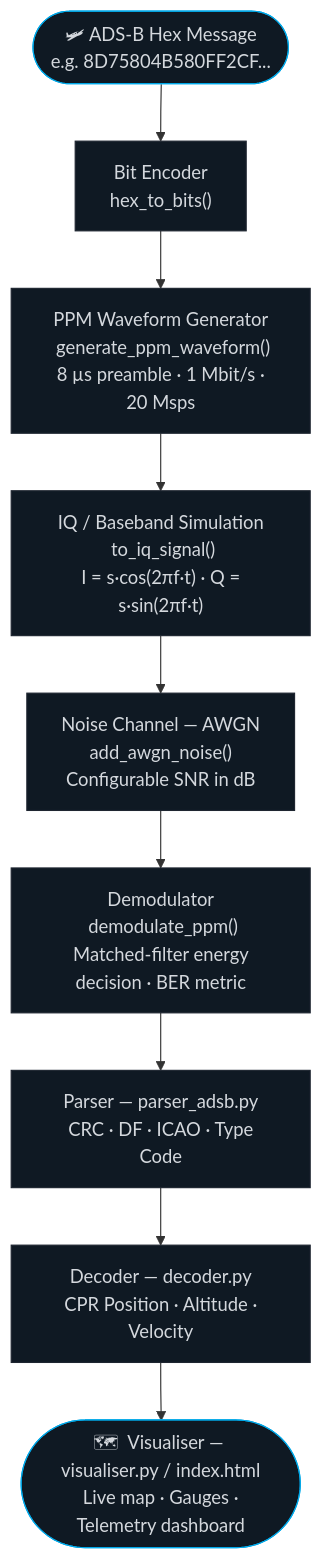
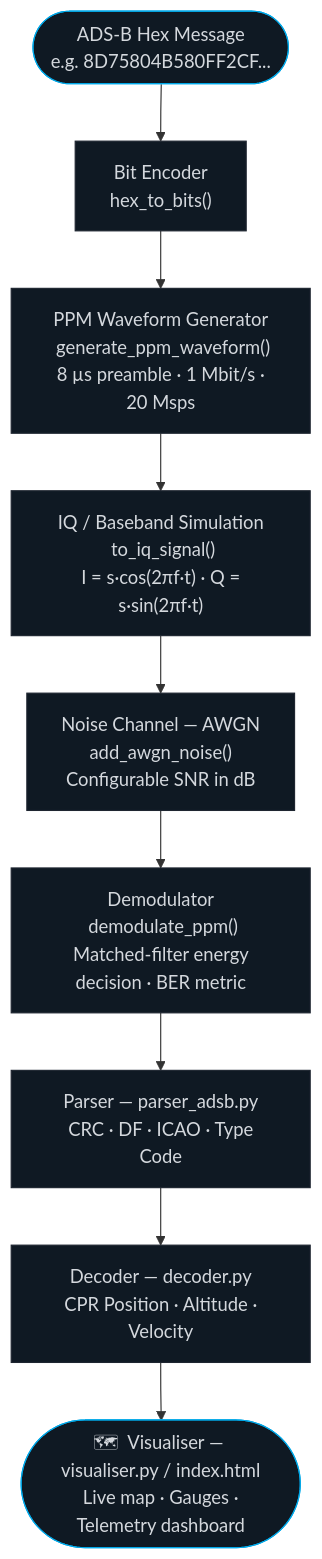
Before and after one commit to eslamhabashy/ADS-B-Signal-Decoder-Visualiser: the diagram in README.md, drawn with Mermaid. The commit also changed other lines of this file and 1 other file, not shown here.

````diff
--- a/README.md
+++ b/README.md
@@ -31,24 +31,24 @@
 ```mermaid
 flowchart TD
-    A(["🛩  ADS-B Hex Message\n e.g. 8D75804B580FF2CF..."])
+    A(["ADS-B Hex Message\n e.g. 8D75804B580FF2CF..."])
     B["Bit Encoder\n hex_to_bits()"]
     C["PPM Waveform Generator\n generate_ppm_waveform()\n 8 µs preamble · 1 Mbit/s · 20 Msps"]
     D["IQ / Baseband Simulation\n to_iq_signal()\n I = s·cos(2πf·t) · Q = s·sin(2πf·t)"]
     E["Noise Channel — AWGN\n add_awgn_noise()\n Configurable SNR in dB"]
     F["Demodulator\n demodulate_ppm()\n Matched-filter energy decision · BER metric"]
     G["Parser — parser_adsb.py\n CRC · DF · ICAO · Type Code"]
     H["Decoder — decoder.py\n CPR Position · Altitude · Velocity"]
     I(["🗺  Visualiser — visualiser.py / index.html\n Live map · Gauges · Telemetry dashboard"])
 
     A --> B --> C --> D --> E --> F --> G --> H --> I
 
     style A fill:#0F1923,stroke:#00A8E8,color:#D4D8DD
     style B fill:#0F1923,stroke:#1E2530,color:#D4D8DD
     style C fill:#0F1923,stroke:#1E2530,color:#D4D8DD
     style D fill:#0F1923,stroke:#1E2530,color:#D4D8DD
     style E fill:#0F1923,stroke:#1E2530,color:#D4D8DD
     style F fill:#0F1923,stroke:#1E2530,color:#D4D8DD
     style G fill:#0F1923,stroke:#1E2530,color:#D4D8DD
     style H fill:#0F1923,stroke:#1E2530,color:#D4D8DD
     style I fill:#0F1923,stroke:#00A8E8,color:#D4D8DD
 ```
````
